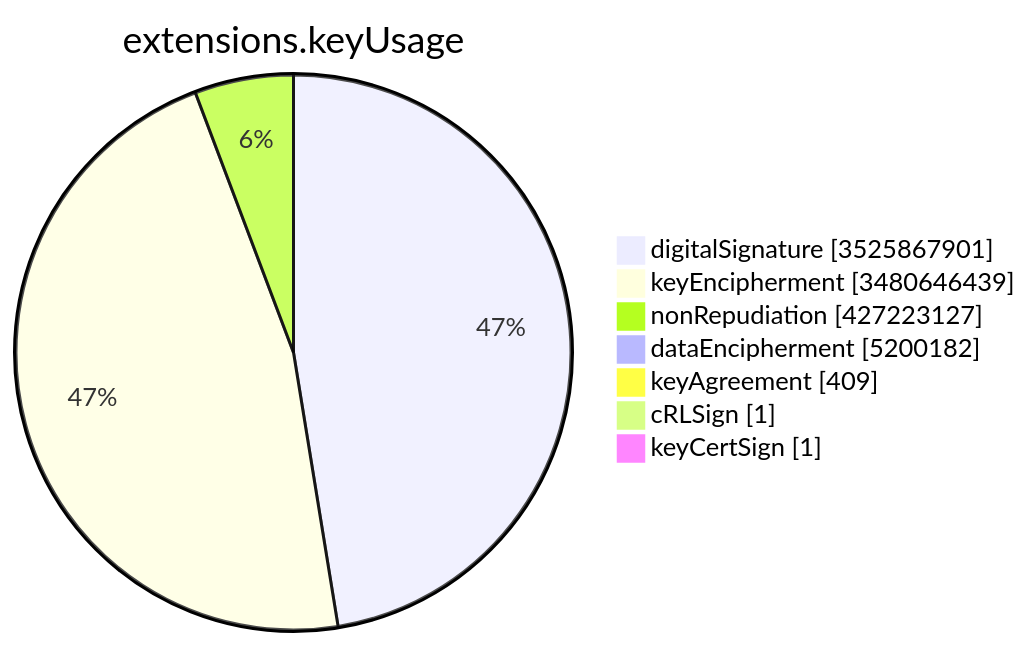
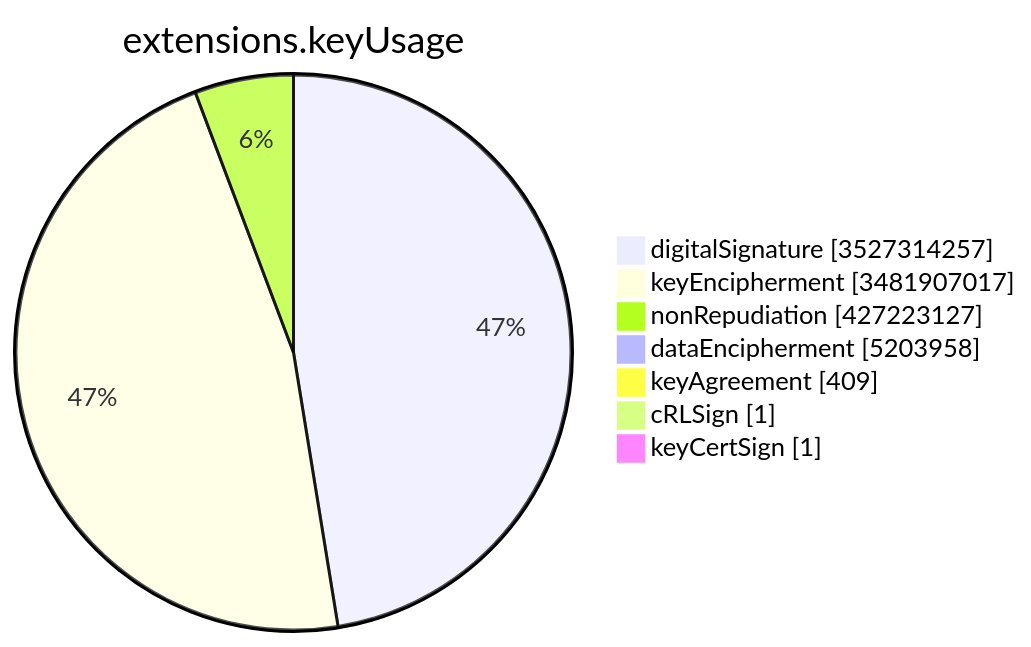
The sixth of 15 diagrams in TOTAL/README.md (christiankrug/ctmonitor_visualization), drawn with Mermaid before and after one commit. The commit also changed other lines of this file, not shown here.

````diff
--- a/TOTAL/README.md
+++ b/TOTAL/README.md
@@ -3083,11 +3083,11 @@
 ```mermaid
 pie showData
 title extensions.keyUsage
-"digitalSignature" :3525867901
-"keyEncipherment" :3480646439
+"digitalSignature" :3527314257
+"keyEncipherment" :3481907017
 "nonRepudiation" :427223127
-"dataEncipherment" :5200182
+"dataEncipherment" :5203958
 "keyAgreement" :409
 "cRLSign" :1
 "keyCertSign" :1
 ```
````
